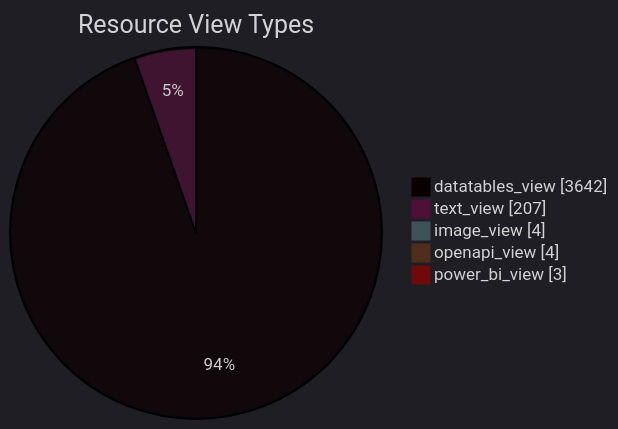
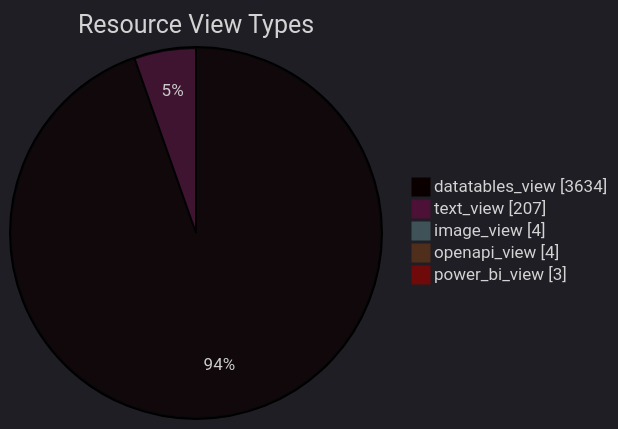
One commit to open-data/analytics-corporate-reporting changed the diagram in datastore_tracker/resource_view_types_pie_chart.md. Above: the diagram before and after it, drawn with Mermaid. The commit also changed 7 other files, not shown here.

````diff
--- a/datastore_tracker/resource_view_types_pie_chart.md
+++ b/datastore_tracker/resource_view_types_pie_chart.md
@@ -2,12 +2,12 @@
 ```mermaid
 ---
 config:
   theme: dark
 ---
 pie showData title Resource View Types
-    "datatables_view": 3642
+    "datatables_view": 3634
     "text_view": 207
     "image_view": 4
     "openapi_view": 4
     "power_bi_view": 3
 ```
````
